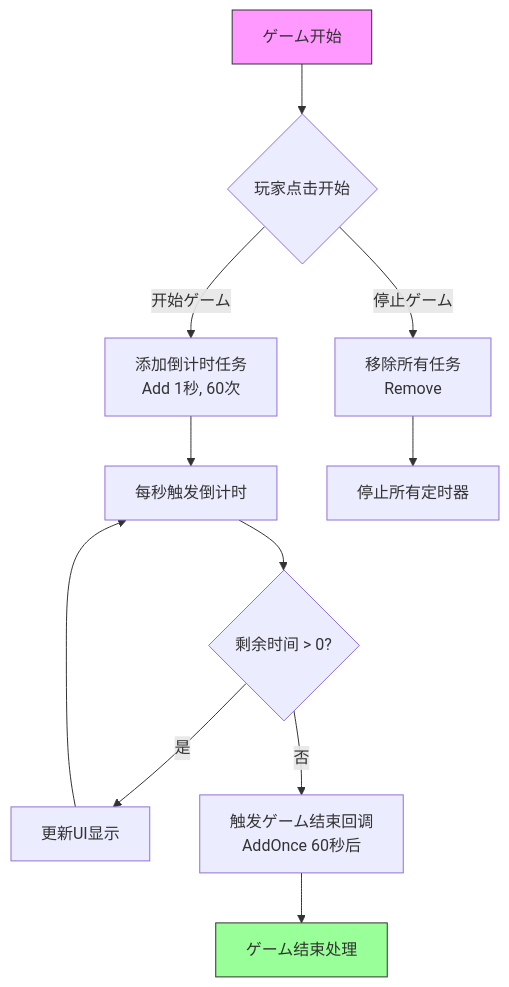
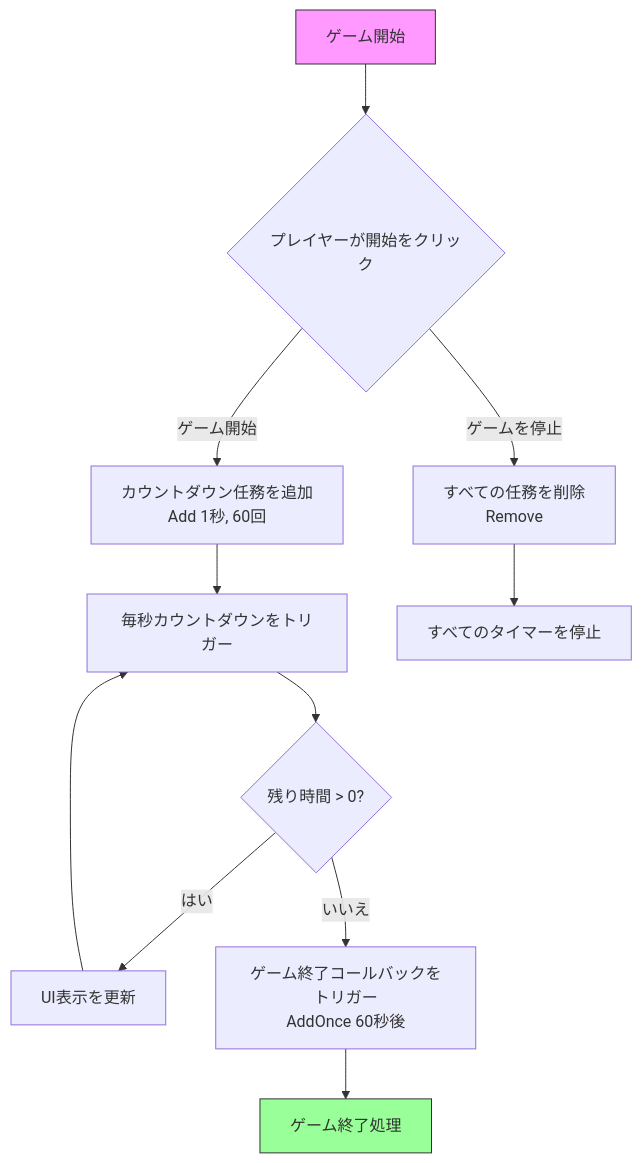
Before and after one commit to AlianBlank/GameFrameX.Docs: the diagram in docs/ja/client/unity/component/timer/12.samples.md, drawn with Mermaid. The commit also changed other lines of this file and 320 other files, not shown here.

````diff
--- a/docs/ja/client/unity/component/timer/12.samples.md
+++ b/docs/ja/client/unity/component/timer/12.samples.md
@@ -274,18 +274,18 @@
 ```mermaid
 flowchart TD
-    A[ゲーム开始] --> B{玩家点击开始}
-    B -->|开始ゲーム| C[添加倒计时任务<br/>Add 1秒, 60次]
-    B -->|停止ゲーム| D[移除所有任务<br/>Remove]
-    
-    C --> E[每秒触发倒计时]
-    E --> F{剩余时间 > 0?}
-    F -->|是| G[更新UI显示]
+    A[ゲーム開始] --> B{プレイヤーが開始をクリック}
+    B -->|ゲーム開始| C[カウントダウン任務を追加<br/>Add 1秒, 60回]
+    B -->|ゲームを停止| D[すべての任務を削除<br/>Remove]
+
+    C --> E[毎秒カウントダウンをトリガー]
+    E --> F{残り時間 > 0?}
+    F -->|はい| G[UI表示を更新]
     G --> E
-    F -->|否| H[触发ゲーム结束回调<br/>AddOnce 60秒后]
-    H --> I[ゲーム结束处理]
-    
-    D --> J[停止所有定时器]
-    
+    F -->|いいえ| H[ゲーム終了コールバックをトリガー<br/>AddOnce 60秒後]
+    H --> I[ゲーム終了処理]
+
+    D --> J[すべてのタイマーを停止]
+
     style A fill:#f9f,stroke:#333
     style I fill:#9f9,stroke:#333
 ```
````
